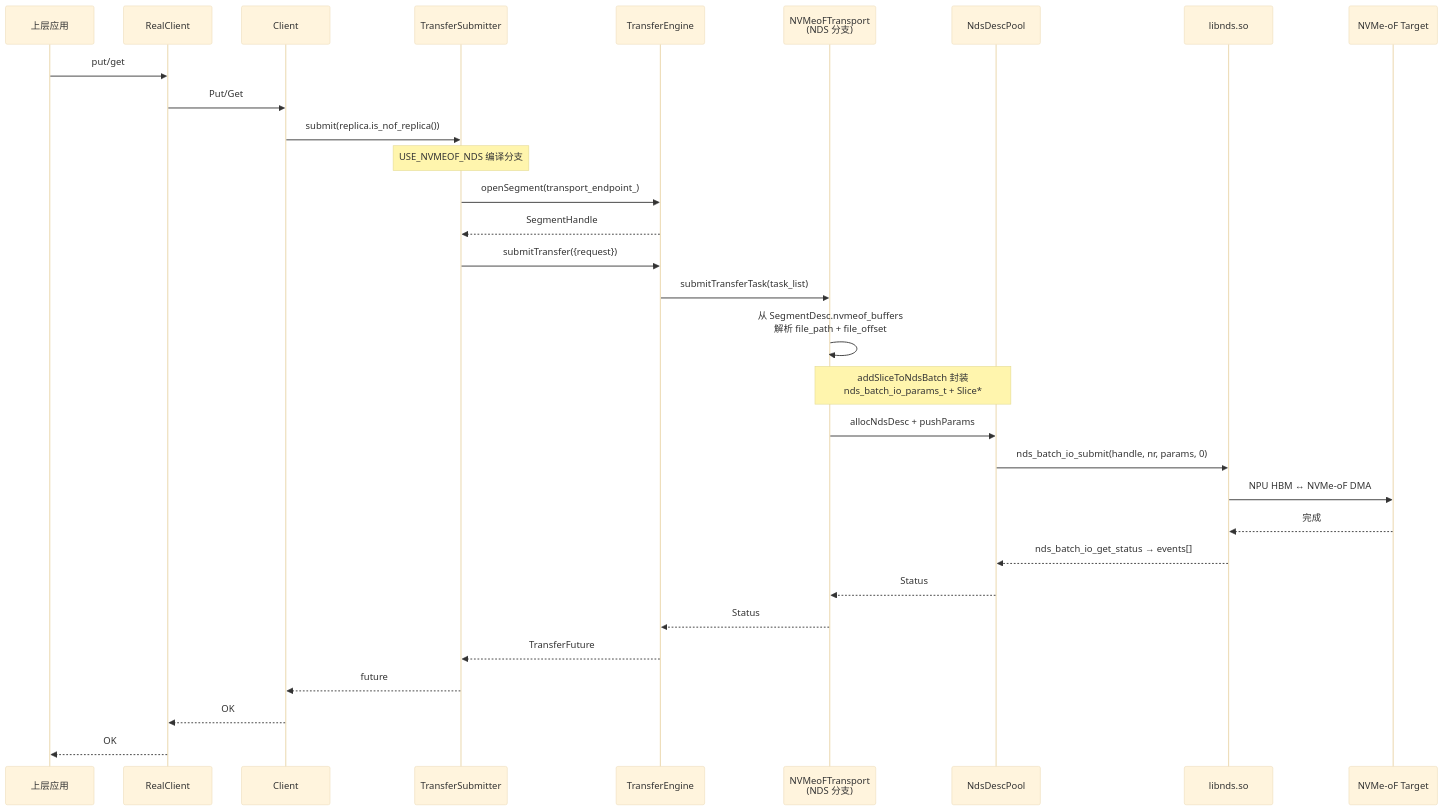
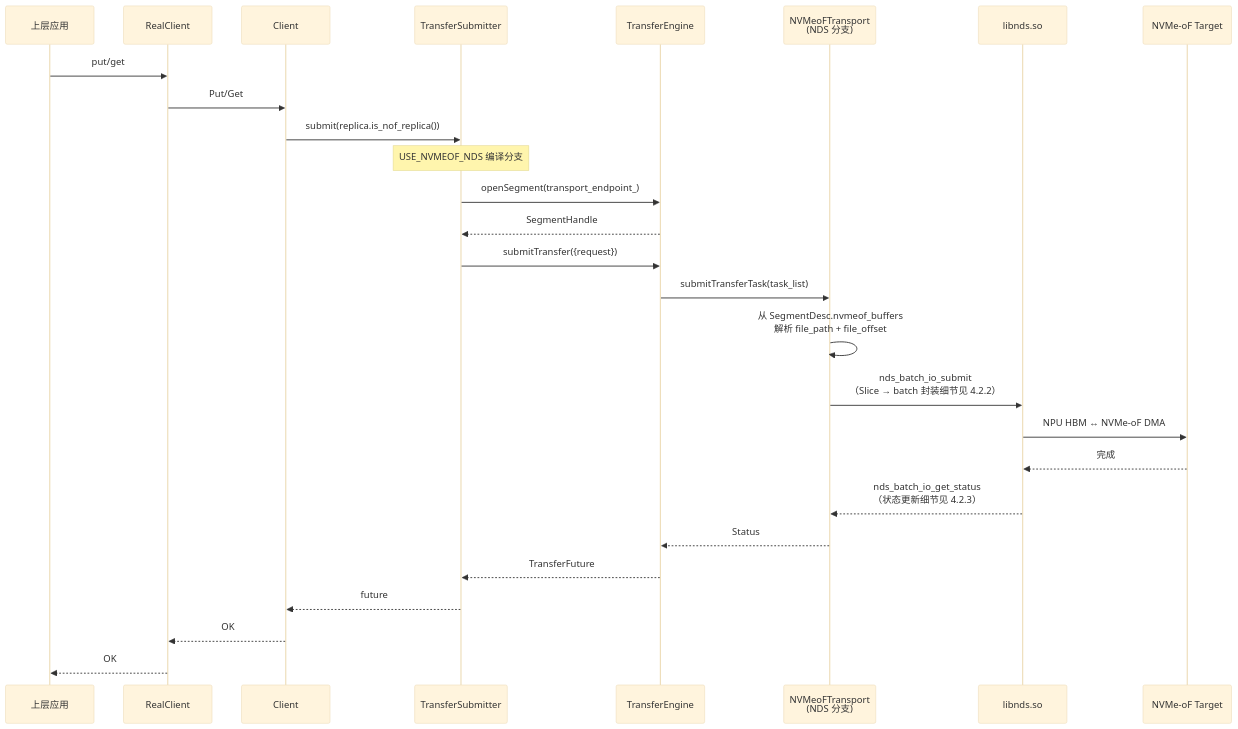
Before and after one commit to yz53665/Mooncake: diagram 17 of 17 in docs/rfc-nds-nvmeof-transport-cn.md, drawn with Mermaid (base theme). The commit also changed other lines of this file, not shown here.

````diff
--- a/docs/rfc-nds-nvmeof-transport-cn.md
+++ b/docs/rfc-nds-nvmeof-transport-cn.md
@@ -789,34 +740,30 @@
 ```mermaid
 sequenceDiagram
     participant App as 上层应用
     participant RC as RealClient
     participant C as Client
     participant TS as TransferSubmitter
     participant TE as TransferEngine
     participant NVT as NVMeoFTransport<br/>(NDS 分支)
-    participant NdsBatch as NdsDescPool
     participant NDS as libnds.so
     participant TGT as NVMe-oF Target
 
     App->>RC: put/get
     RC->>C: Put/Get
     C->>TS: submit(replica.is_nof_replica())
     Note over TS: USE_NVMEOF_NDS 编译分支
     TS->>TE: openSegment(transport_endpoint_)
     TE-->>TS: SegmentHandle
     TS->>TE: submitTransfer({request})
     TE->>NVT: submitTransferTask(task_list)
     NVT->>NVT: 从 SegmentDesc.nvmeof_buffers<br/>解析 file_path + file_offset
-    Note over NVT,NdsBatch: addSliceToNdsBatch 封装<br/>nds_batch_io_params_t + Slice*
-    NVT->>NdsBatch: allocNdsDesc + pushParams
-    NdsBatch->>NDS: nds_batch_io_submit(handle, nr, params, 0)
+    NVT->>NDS: nds_batch_io_submit<br/>（Slice → batch 封装细节见 4.2.2）
     NDS->>TGT: NPU HBM ↔ NVMe-oF DMA
     TGT-->>NDS: 完成
-    NDS-->>NdsBatch: nds_batch_io_get_status → events[]
-    NdsBatch-->>NVT: Status
+    NDS-->>NVT: nds_batch_io_get_status<br/>（状态更新细节见 4.2.3）
     NVT-->>TE: Status
     TE-->>TS: TransferFuture
     TS-->>C: future
     C-->>RC: OK
     RC-->>App: OK
 ```
````
